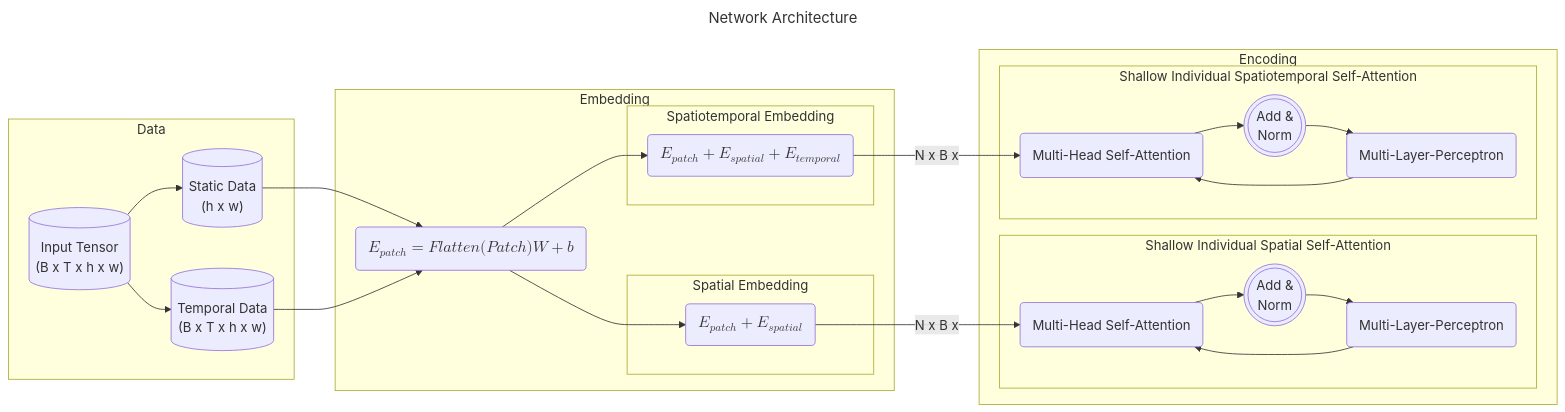
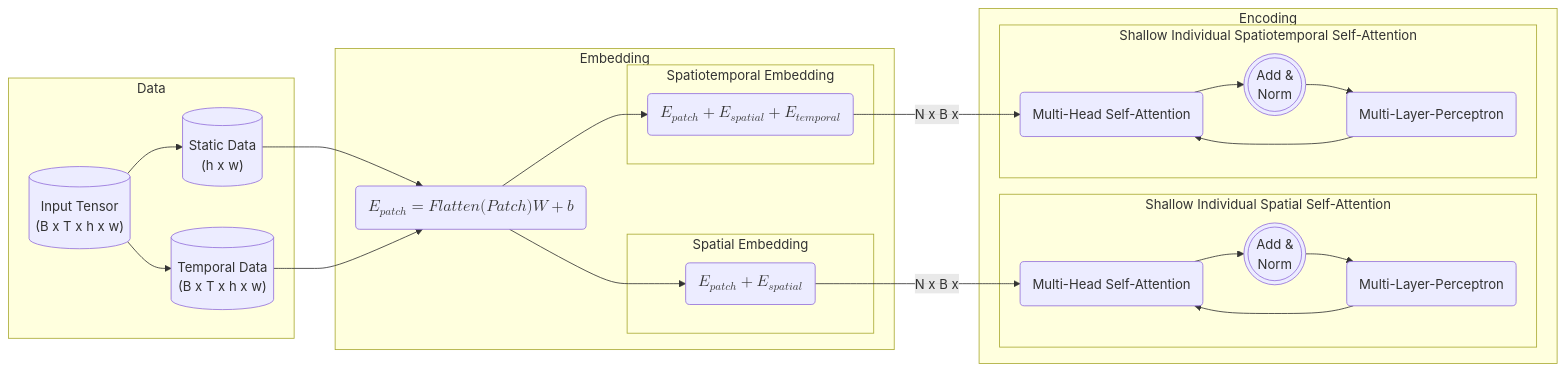
Before and after one commit to carlocordes/BNN_Wildfire_Workspace: the diagram in notes/admin/README.md, drawn with Mermaid. The commit also changed other lines of this file, not shown here.

````diff
--- a/notes/admin/README.md
+++ b/notes/admin/README.md
@@ -26,50 +26,48 @@
-```mermaid
----
-title: Network Architecture
----
+```mermaid 
 flowchart LR
     subgraph Data
         Input[("Input Tensor
                 (B x T x h x w)")]
         Static[("Temporal Data
                     (B x T x h x w)")]
         Dynamic[("Static Data
                     (h x w)")]
         Input --> Static
         Input --> Dynamic
     end
 
     subgraph Embedding
         Patch("$$E_{patch} = Flatten(Patch)  W + b$$")
                 Dynamic & Static --> Patch
 
         subgraph Spatiotemporal Embedding
             STE("$$E_{patch} + E_{spatial} + E_{temporal}$$")
         end
 
         subgraph Spatial Embedding
             SE("$$E_{patch} + E_{spatial}$$")
         end
 
         Patch --> STE
         Patch --> SE
     end 
 
     subgraph Encoding
         subgraph Shallow Individual Spatial Self-Attention
             MHE1(Multi-Head Self-Attention)
             MLP1(Multi-Layer-Perceptron)
             ADDNORM1@{ shape: dbl-circ, label: "Add &
                                          Norm" }
             SE -- N x B x --> MHE1 --> ADDNORM1 --> MLP1 --> MHE1
         end
 
         subgraph Shallow Individual Spatiotemporal Self-Attention
             MHE2(Multi-Head Self-Attention)
             MLP2(Multi-Layer-Perceptron)
             ADDNORM2@{ shape: dbl-circ, label: "Add &
                                          Norm" }
             STE -- N x B x --> MHE2 --> ADDNORM2 --> MLP2 --> MHE2
         end
+        %% Further network
     end
 ```
````
